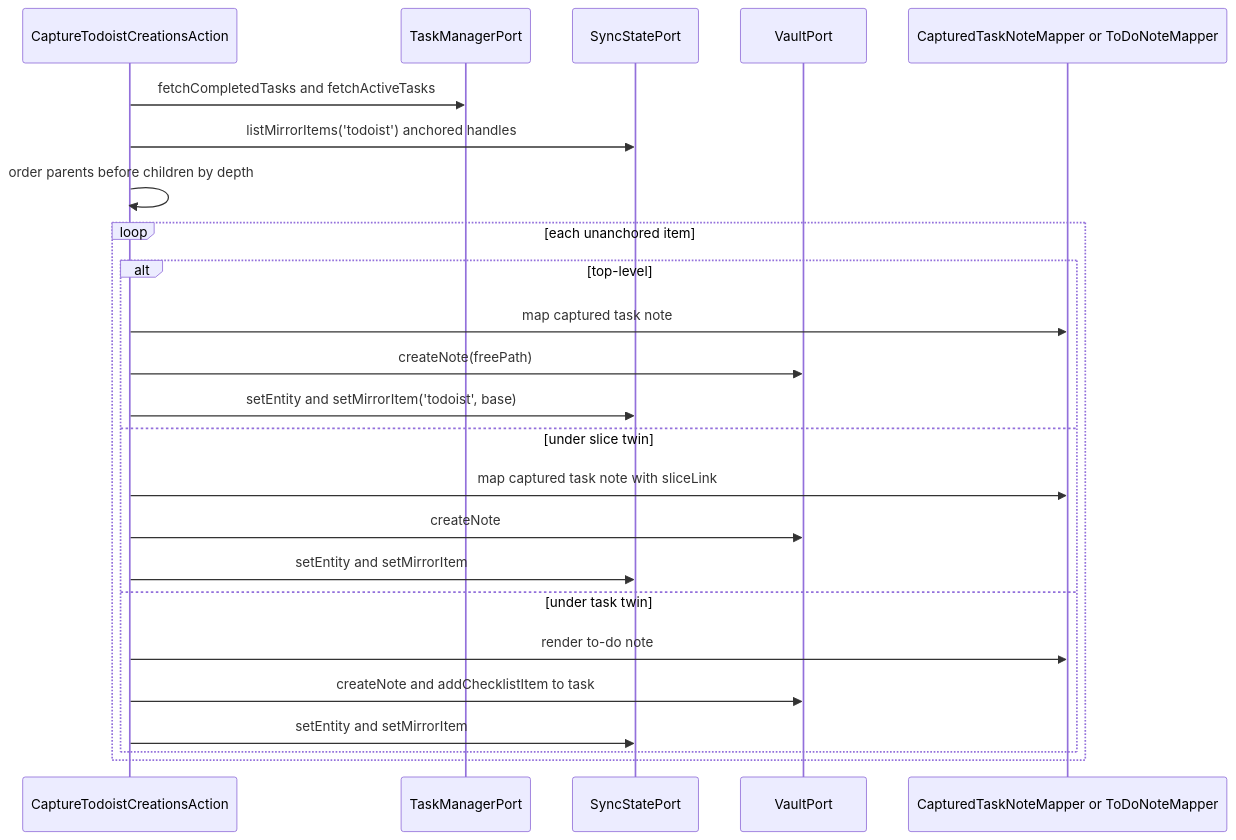
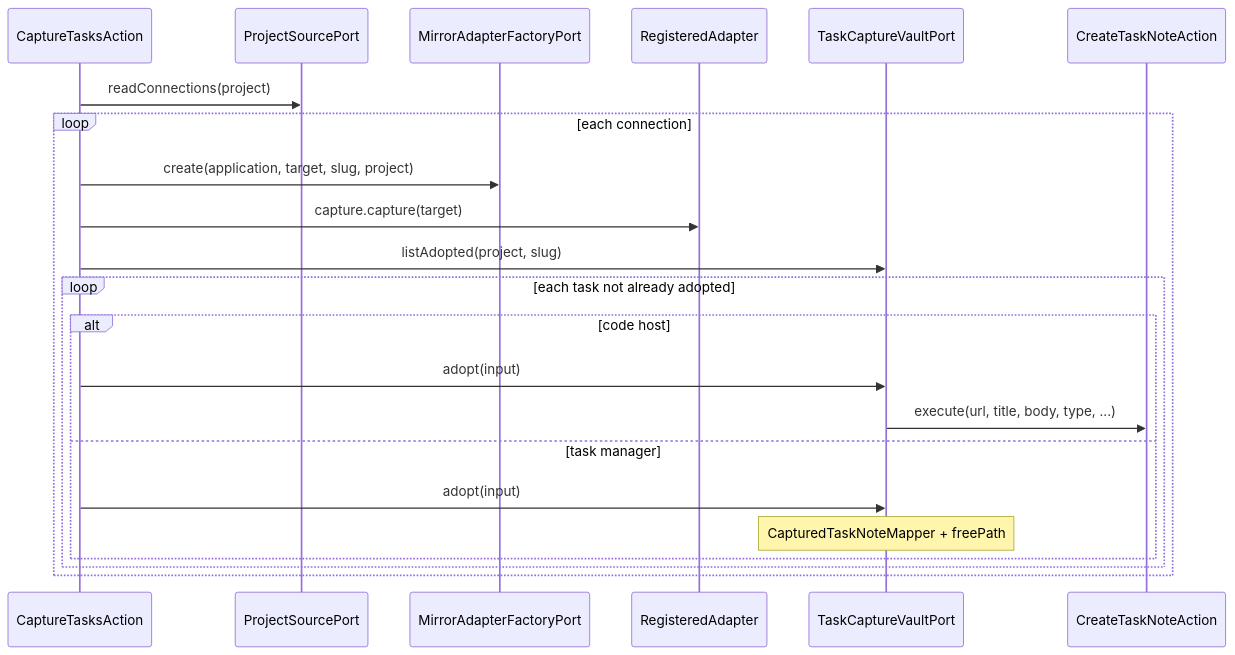
One commit to 99linesofcode/obsidian-project-management changed the ninth of 18 diagrams in docs/developer-manual.md. Above: the diagram before and after it, drawn with Mermaid. The commit also changed other lines of this file and 1 other file, not shown here.

First line of the commit message:
docs: rewrite the manual and architecture for the multi-adapter core

````diff
--- a/docs/developer-manual.md
+++ b/docs/developer-manual.md
@@ -535,27 +502,25 @@
 ```mermaid
 sequenceDiagram
-  participant Cap as CaptureTodoistCreationsAction
-  participant TM as TaskManagerPort
-  participant SS as SyncStatePort
-  participant V as VaultPort
-  participant M as CapturedTaskNoteMapper or ToDoNoteMapper
+  participant C as CaptureTasksAction
+  participant PS as ProjectSourcePort
+  participant F as MirrorAdapterFactoryPort
+  participant R as RegisteredAdapter
+  participant V as TaskCaptureVaultPort
+  participant CT as CreateTaskNoteAction
 
-  Cap->>TM: fetchCompletedTasks and fetchActiveTasks
-  Cap->>SS: listMirrorItems('todoist') anchored handles
-  Cap->>Cap: order parents before children by depth
-  loop each unanchored item
-    alt top-level
-      Cap->>M: map captured task note
-      Cap->>V: createNote(freePath)
-      Cap->>SS: setEntity and setMirrorItem('todoist', base)
-    else under slice twin
-      Cap->>M: map captured task note with sliceLink
-      Cap->>V: createNote
-      Cap->>SS: setEntity and setMirrorItem
-    else under task twin
-      Cap->>M: render to-do note
-      Cap->>V: createNote and addChecklistItem to task
-      Cap->>SS: setEntity and setMirrorItem
+  C->>PS: readConnections(project)
+  loop each connection
+    C->>F: create(application, target, slug, project)
+    C->>R: capture.capture(target)
+    C->>V: listAdopted(project, slug)
+    loop each task not already adopted
+      alt code host
+        C->>V: adopt(input)
+        V->>CT: execute(url, title, body, type, ...)
+      else task manager
+        C->>V: adopt(input)
+        Note over V: CapturedTaskNoteMapper + freePath
+      end
     end
   end
 ```
````
